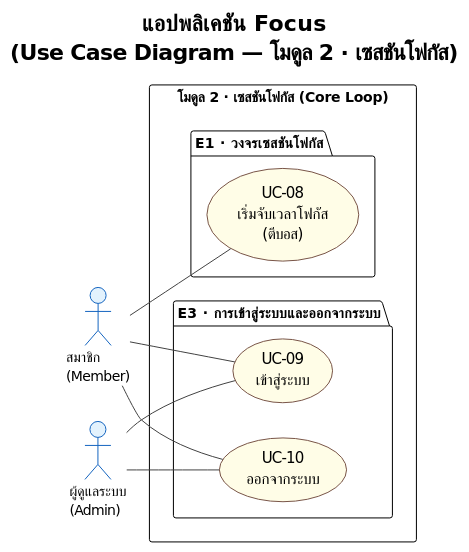
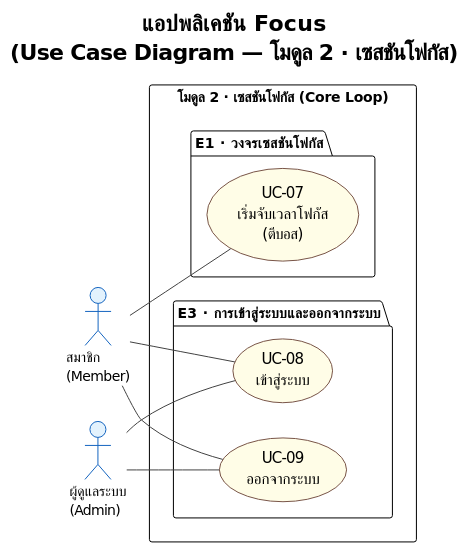
One commit to popotaroman-cloud/dssiprj-pad changed the diagram in proposal/usecase/usecase_module2.puml. Above: the diagram before and after it, drawn with PlantUML. The commit also changed other lines of this file and 46 other files, not shown here.

```diff
--- a/proposal/usecase/usecase_module2.puml
+++ b/proposal/usecase/usecase_module2.puml
@@ -5,42 +5,42 @@
 @startuml usecase_module2
 !theme plain
 skinparam defaultFontName TH Sarabun New
 skinparam defaultFontSize 14
 
 skinparam usecase {
   BackgroundColor #FFFDE7
   BorderColor #795548
   FontName TH Sarabun New
   FontSize 15
 }
 skinparam actor {
   BackgroundColor #E3F2FD
   BorderColor #1565C0
 }
 skinparam ArrowColor #424242
 
 title <b>แอปพลิเคชัน Focus</b>\n(Use Case Diagram — โมดูล 2 · เซสชันโฟกัส)
 
 left to right direction
 
 actor "สมาชิก\n(Member)" as Member
 actor "ผู้ดูแลระบบ\n(Admin)" as Admin
 
 rectangle "โมดูล 2 · เซสชันโฟกัส (Core Loop)" {
   package "E1 · วงจรเซสชันโฟกัส" {
-    usecase "UC-08\nเริ่มจับเวลาโฟกัส\n(ตีบอส)" as UC08
+    usecase "UC-07\nเริ่มจับเวลาโฟกัส\n(ตีบอส)" as UC07
   }
 
   package "E3 · การเข้าสู่ระบบและออกจากระบบ" {
-    usecase "UC-09\nเข้าสู่ระบบ" as UC09
-    usecase "UC-10\nออกจากระบบ" as UC10
+    usecase "UC-08\nเข้าสู่ระบบ" as UC08
+    usecase "UC-09\nออกจากระบบ" as UC09
   }
 }
 
+Member -- UC07
 Member -- UC08
 Member -- UC09
-Member -- UC10
+Admin -- UC08
 Admin -- UC09
-Admin -- UC10
 
 @enduml
```
